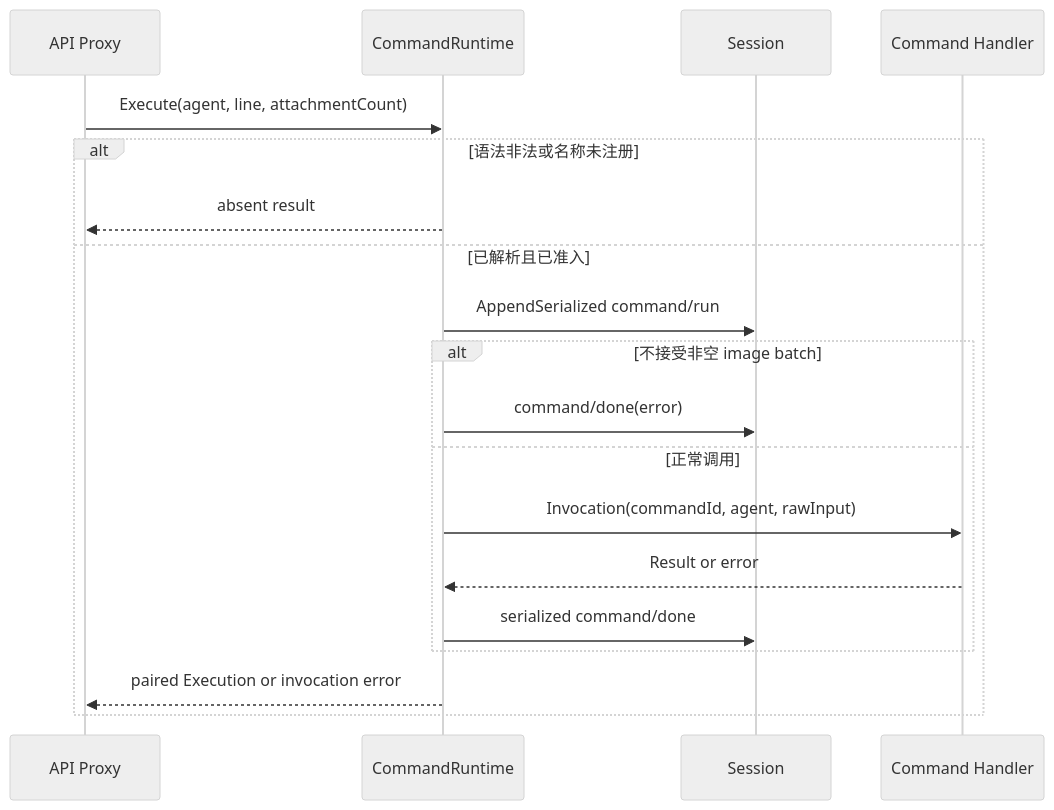
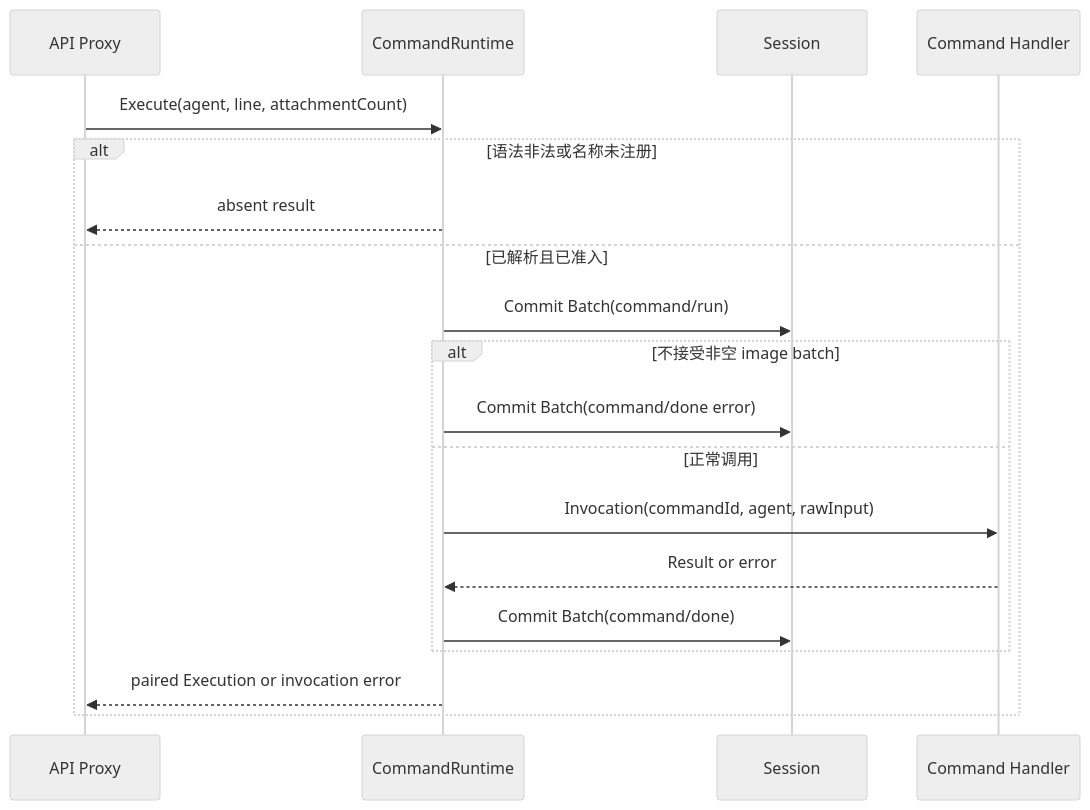
The second of 2 diagrams in commands/README.zh-CN.md (gorenx/goren), drawn with Mermaid (neutral theme) before and after one commit. The commit also changed other lines of this file and 20 other files, not shown here.

Commit message:
docs(session): document coordinated write architecture

````diff
--- a/commands/README.zh-CN.md
+++ b/commands/README.zh-CN.md
@@ -38,22 +38,22 @@
 ```mermaid
 sequenceDiagram
     participant A as API Proxy
     participant R as CommandRuntime
     participant S as Session
     participant H as Command Handler
 
     A->>R: Execute(agent, line, attachmentCount)
     alt 语法非法或名称未注册
         R-->>A: absent result
     else 已解析且已准入
-        R->>S: AppendSerialized command/run
+        R->>S: Commit Batch(command/run)
         alt 不接受非空 image batch
-            R->>S: command/done(error)
+            R->>S: Commit Batch(command/done error)
         else 正常调用
             R->>H: Invocation(commandId, agent, rawInput)
             H-->>R: Result or error
-            R->>S: serialized command/done
+            R->>S: Commit Batch(command/done)
         end
         R-->>A: paired Execution or invocation error
     end
 ```
````
